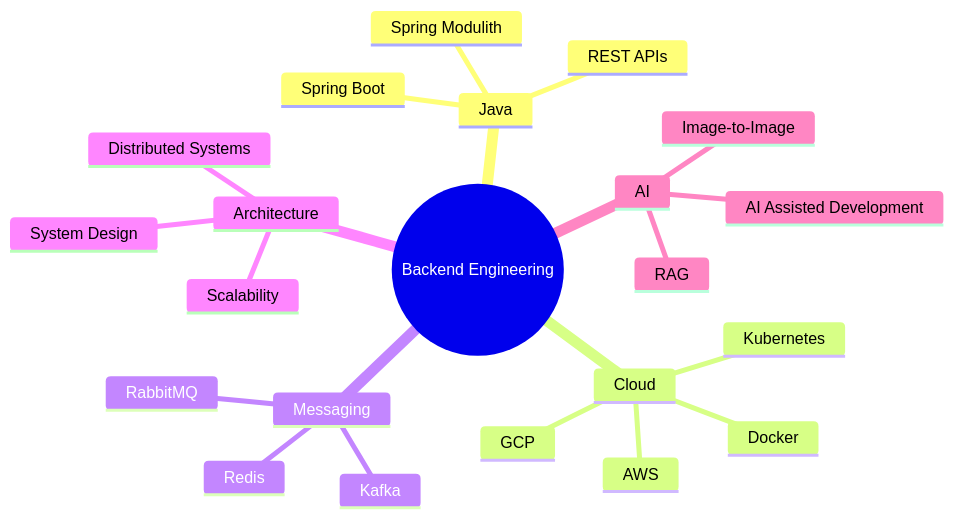
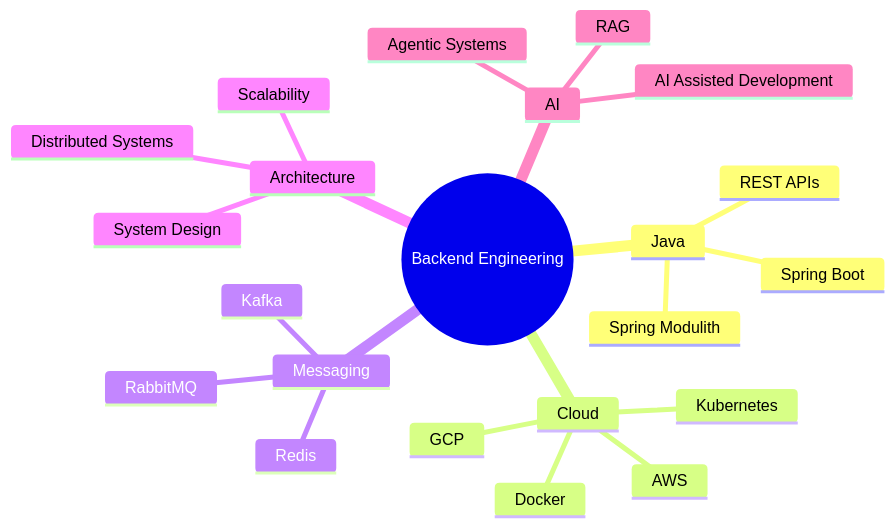
The first of 6 diagrams in README.md (KunduVineet/KunduVineet), drawn with Mermaid before and after one commit. The commit also changed other lines of this file, not shown here.

````diff
--- a/README.md
+++ b/README.md
@@ -65,25 +114,25 @@
 ```mermaid
 mindmap
   root((Backend Engineering))
     Java
       Spring Boot
       Spring Modulith
       REST APIs
     Cloud
       AWS
       GCP
       Kubernetes
       Docker
     Messaging
       Kafka
       RabbitMQ
       Redis
     Architecture
       System Design
       Distributed Systems
       Scalability
     AI
       RAG
-      Image-to-Image
+      Agentic Systems
       AI Assisted Development
 ```
````
